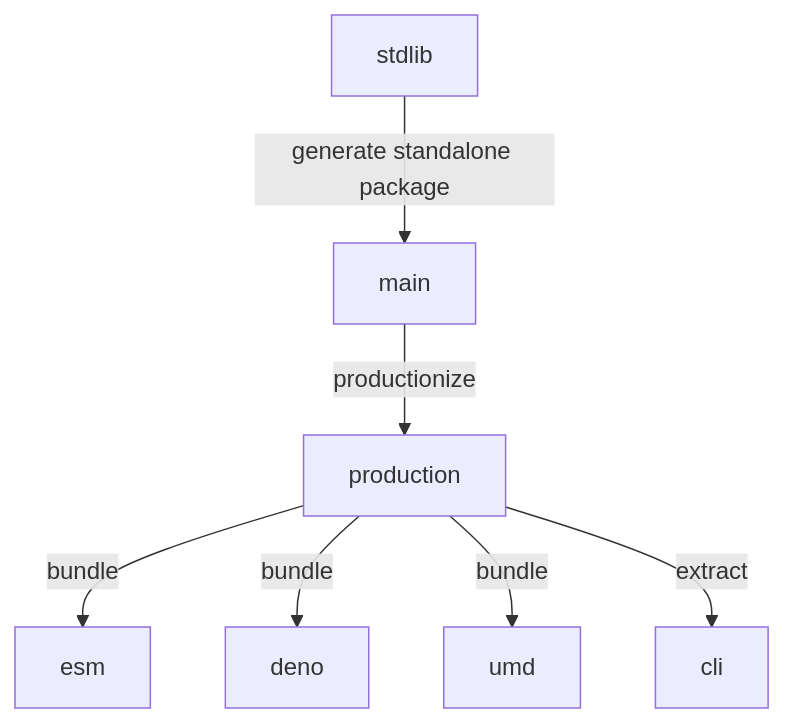
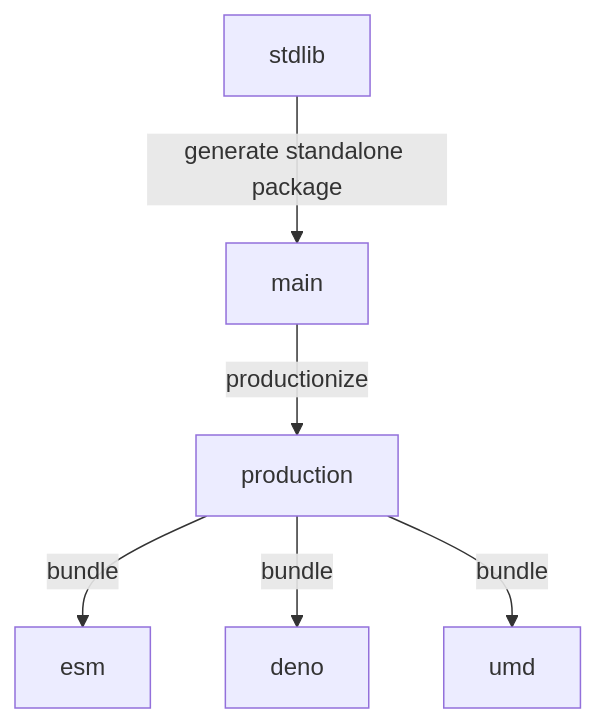
The diagram in branches.md (stdlib-js/datasets), drawn with Mermaid before and after one commit. The commit also changed other lines of this file and 3 other files, not shown here.

````diff
--- a/branches.md
+++ b/branches.md
@@ -34,17 +33,15 @@
 ```mermaid
 graph TD;
 A[stdlib]-->|generate standalone package|B;
 B[main] -->|productionize| C[production];
 C -->|bundle| D[esm];
 C -->|bundle| E[deno];
 C -->|bundle| F[umd];
-C -->|extract| G[cli];
 
 %% click A href "https://github.com/stdlib-js/stdlib/tree/develop/lib/node_modules/%40stdlib/datasets"
 %% click B href "https://github.com/stdlib-js/datasets/tree/main"
 %% click C href "https://github.com/stdlib-js/datasets/tree/production"
 %% click D href "https://github.com/stdlib-js/datasets/tree/esm"
 %% click E href "https://github.com/stdlib-js/datasets/tree/deno"
 %% click F href "https://github.com/stdlib-js/datasets/tree/umd"
-%% click G href "https://github.com/stdlib-js/datasets/tree/cli"
 ```
````
